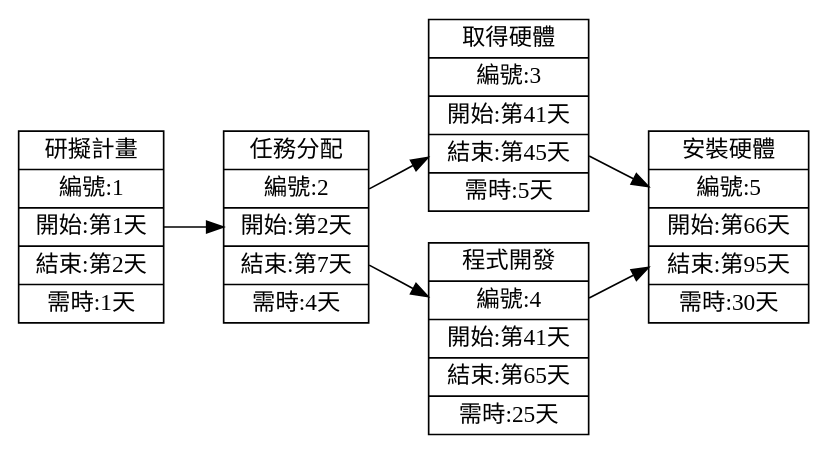
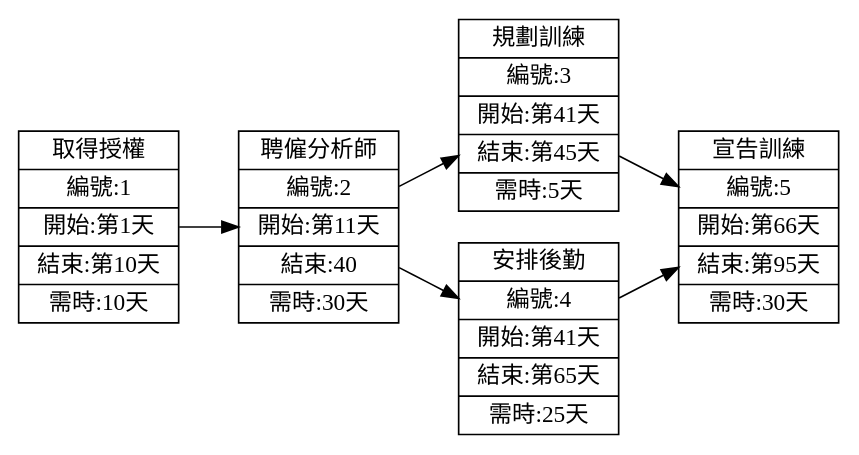
One commit to Kayu10/homework changed the second of 2 diagrams in HW2.md. Above: the diagram before and after it, drawn with Graphviz.

````diff
--- a/HW2.md
+++ b/HW2.md
@@ -18,18 +18,17 @@
 ```graphviz
 digraph {
 	node[shape=record];
 	rankdir="LR";
-    no1 [label = "研擬計畫 | 編號:1 | 開始:第1天 | 結束:第2天 | 需時:1天"]
-    no2 [label = "任務分配 | 編號:2 | 開始:第2天 | 結束:第7天 | 需時:4天"]
+    no1 [label = "取得授權 | 編號:1 | 開始:第1天 | 結束:第10天 | 需時:10天"]
+    no2 [label = "聘僱分析師 | 編號:2 | 開始:第11天 | 結束:40 | 需時:30天"]
     no1->no2
-    no3 [label = "取得硬體 | 編號:3 | 開始:第41天 | 結束:第45天 | 需時:5天"]
-    no4 [label = "程式開發 | 編號:4 | 開始:第41天 | 結束:第65天 | 需時:25天"]
+    no3 [label = "規劃訓練 | 編號:3 | 開始:第41天 | 結束:第45天 | 需時:5天"]
+    no4 [label = "安排後勤 | 編號:4 | 開始:第41天 | 結束:第65天 | 需時:25天"]
     {rank=same;no3 no4}
     no2->no3
     no2->no4
-    no5 [label = "安裝硬體 | 編號:5 | 開始:第66天 | 結束:第95天 | 需時:30天"]
+    no5 [label = "宣告訓練 | 編號:5 | 開始:第66天 | 結束:第95天 | 需時:30天"]
     no3->no5
     no4->no5
-   
 }
 ```
````
